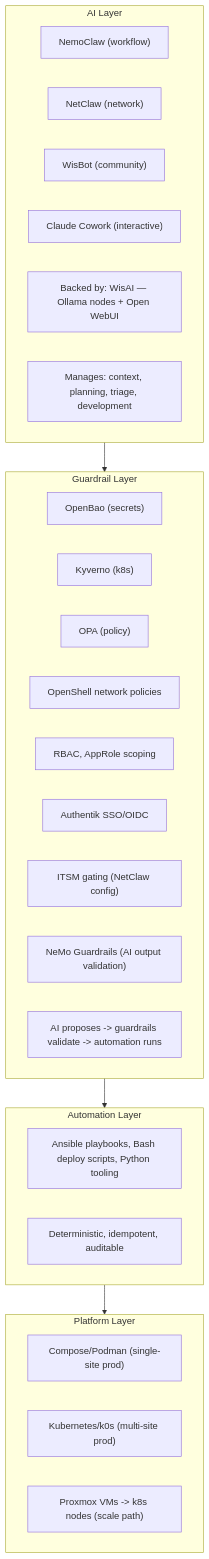
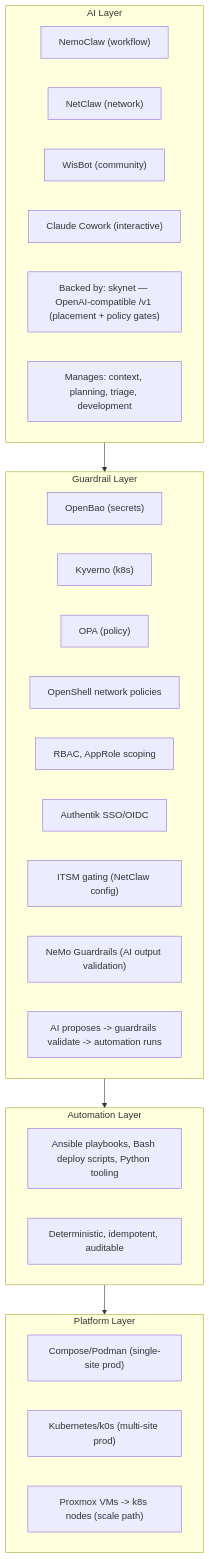
The first of 8 diagrams in plan/development/IMPLEMENTATION_PLAN.md (uhstray-io/agent-cloud), drawn with Mermaid before and after one commit. The commit also changed other lines of this file and 13 other files, not shown here.

First line of the commit message:
promote: skynet docs reframe + WisAI→skynet migration plan (dev → main) (#70)

````diff
--- a/plan/development/IMPLEMENTATION_PLAN.md
+++ b/plan/development/IMPLEMENTATION_PLAN.md
@@ -96,40 +96,40 @@
 ```mermaid
 graph TD
     subgraph AI["AI Layer"]
         direction LR
         A1["NemoClaw (workflow)"]
         A2["NetClaw (network)"]
         A3["WisBot (community)"]
         A4["Claude Cowork (interactive)"]
-        A5["Backed by: WisAI — Ollama nodes + Open WebUI"]
+        A5["Backed by: skynet — OpenAI-compatible /v1 (placement + policy gates)"]
         A6["Manages: context, planning, triage, development"]
     end
 
     subgraph GR["Guardrail Layer"]
         direction LR
         G1["OpenBao (secrets)"]
         G2["Kyverno (k8s)"]
         G3["OPA (policy)"]
         G4["OpenShell network policies"]
         G5["RBAC, AppRole scoping"]
         G6["Authentik SSO/OIDC"]
         G7["ITSM gating (NetClaw config)"]
         G8["NeMo Guardrails (AI output validation)"]
         G9["AI proposes -> guardrails validate -> automation runs"]
     end
 
     subgraph AUTO["Automation Layer"]
         AU1["Ansible playbooks, Bash deploy scripts, Python tooling"]
         AU2["Deterministic, idempotent, auditable"]
     end
 
     subgraph PLAT["Platform Layer"]
         P1["Compose/Podman (single-site prod)"]
         P2["Kubernetes/k0s (multi-site prod)"]
         P3["Proxmox VMs -> k8s nodes (scale path)"]
     end
 
     AI --> GR
     GR --> AUTO
     AUTO --> PLAT
 ```
````
